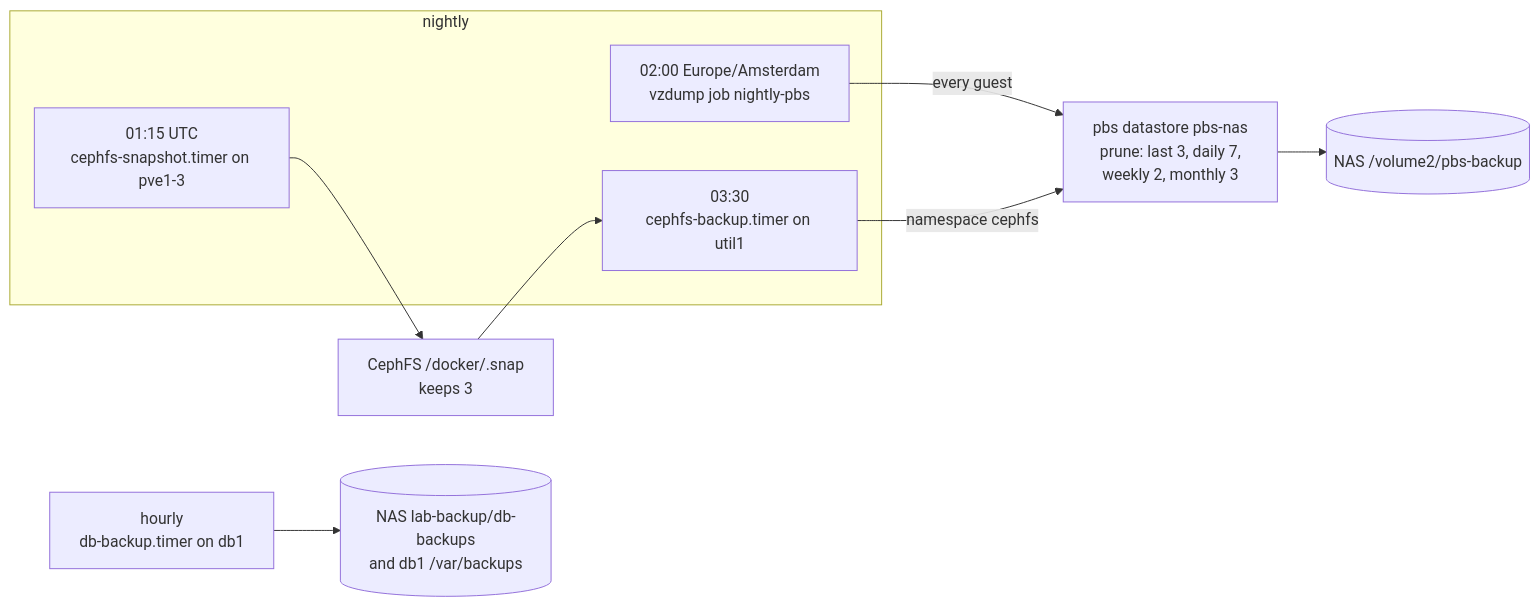
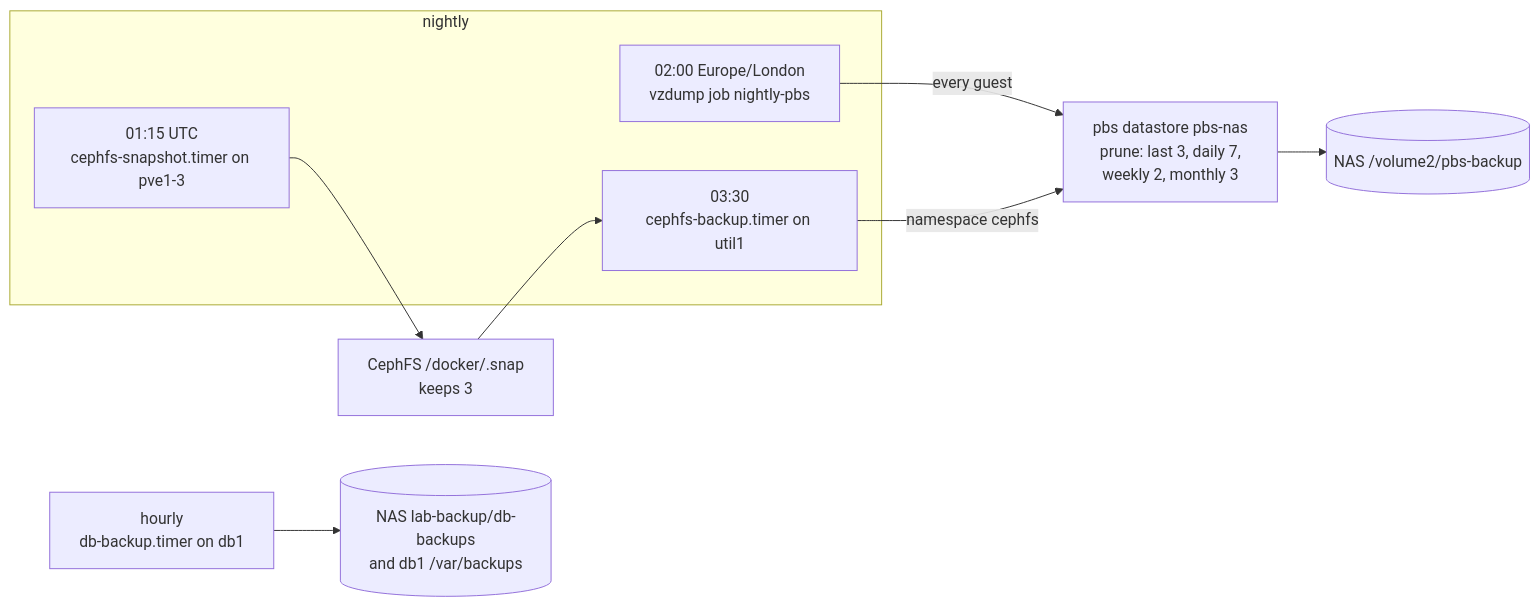
The fifth of 5 diagrams in docs/architecture.md (craigtsmith/homelab), drawn with Mermaid before and after one commit. The commit also changed 15 other files, not shown here.

````diff
--- a/docs/architecture.md
+++ b/docs/architecture.md
@@ -148,19 +148,19 @@
 ```mermaid
 flowchart LR
   subgraph nightly["nightly"]
     snap["01:15 UTC<br/>cephfs-snapshot.timer on pve1-3"]
-    vz["02:00 Europe/Amsterdam<br/>vzdump job nightly-pbs"]
+    vz["02:00 Europe/London<br/>vzdump job nightly-pbs"]
     cb["03:30<br/>cephfs-backup.timer on util1"]
   end
   hourly["hourly<br/>db-backup.timer on db1"]
   cephfs["CephFS /docker/.snap<br/>keeps 3"]
   pbs["pbs datastore pbs-nas<br/>prune: last 3, daily 7,<br/>weekly 2, monthly 3"]
   nas[("NAS /volume2/pbs-backup")]
   dumps[("NAS lab-backup/db-backups<br/>and db1 /var/backups")]
   snap --> cephfs
   cephfs --> cb
   cb -- "namespace cephfs" --> pbs
   vz -- "every guest" --> pbs
   pbs --> nas
   hourly --> dumps
 ```
````
